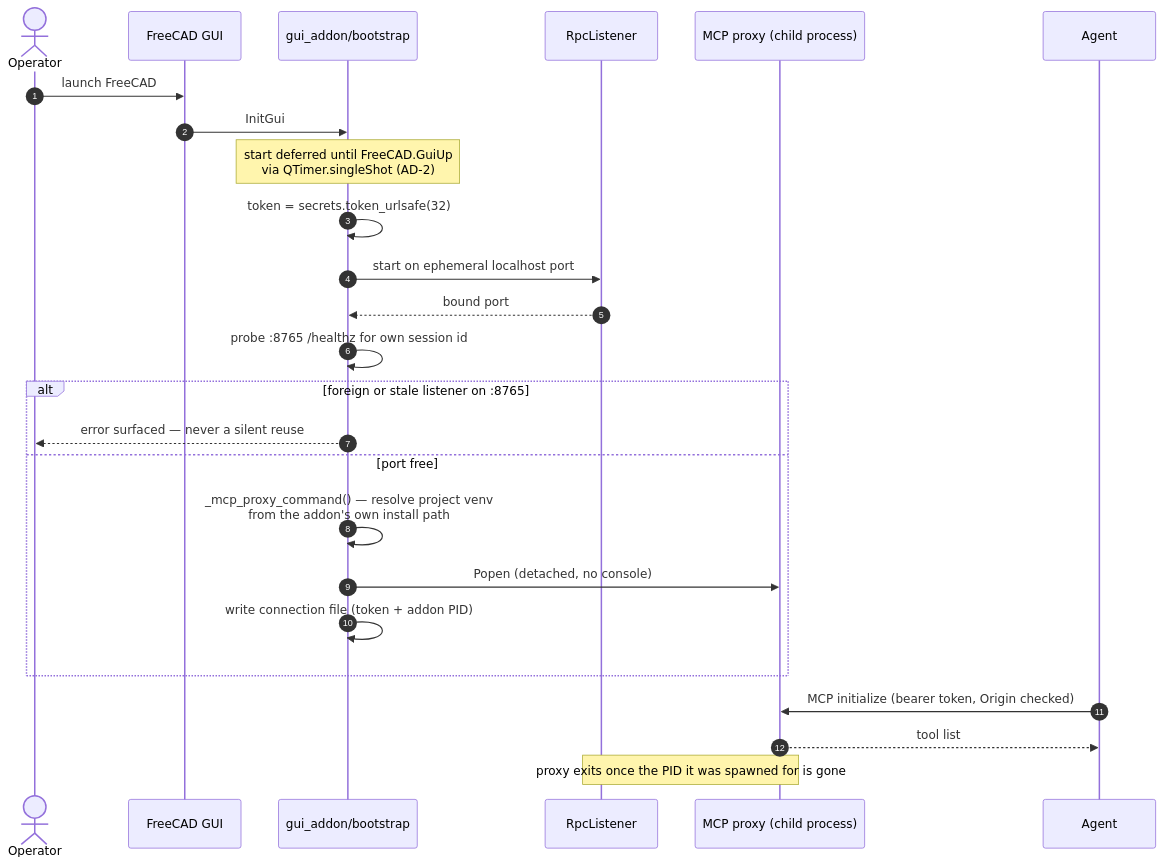
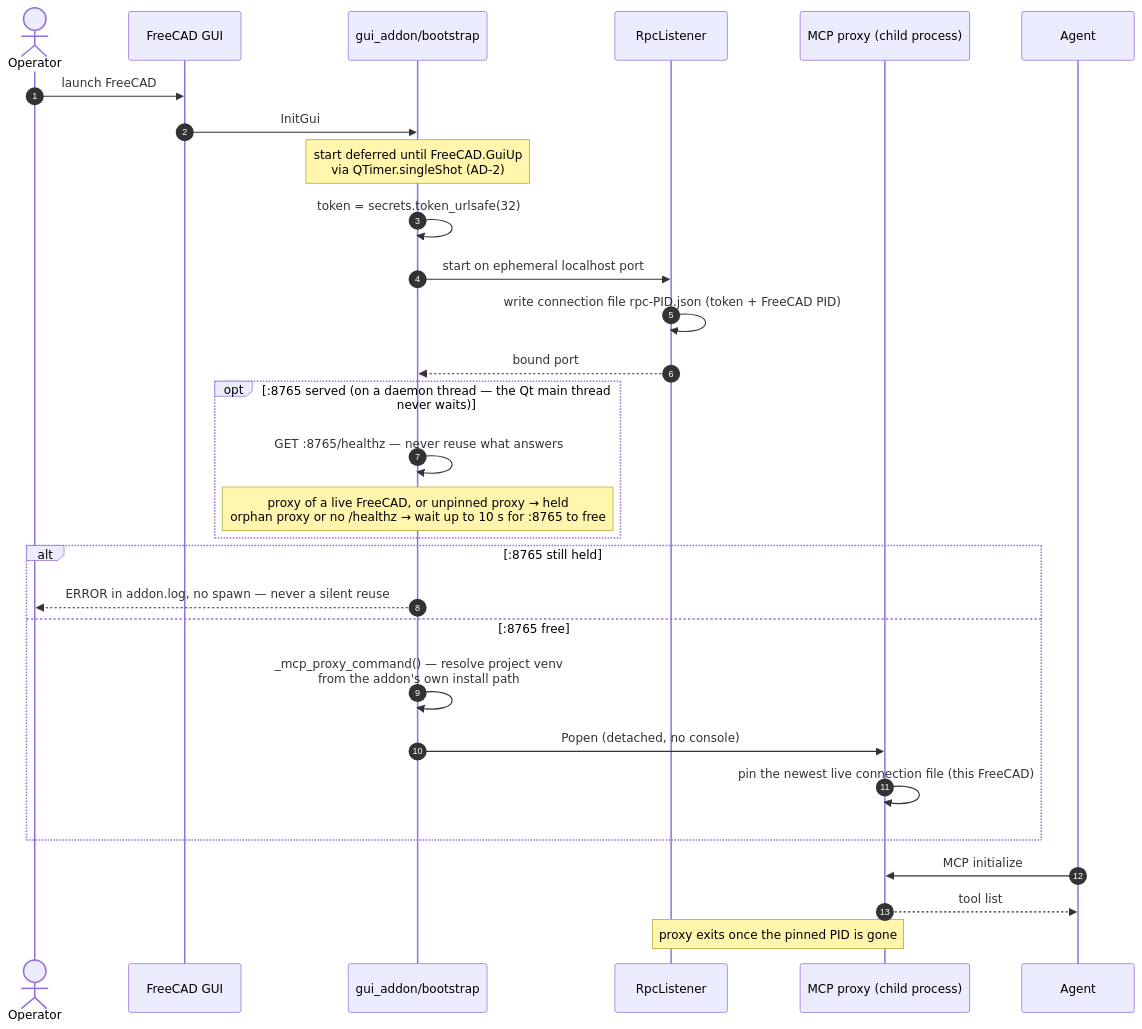
Before and after one commit to robotics-playground/freecad-buddy: the second of 9 diagrams in _bmad-output/planning-artifacts/architecture/architecture-freecad-buddy-2026-07-21/design/sequence-diagrams.md, drawn with Mermaid. The commit also changed other lines of this file and 23 other files, not shown here.

````diff
--- a/_bmad-output/planning-artifacts/architecture/architecture-freecad-buddy-2026-07-21/design/sequence-diagrams.md
+++ b/_bmad-output/planning-artifacts/architecture/architecture-freecad-buddy-2026-07-21/design/sequence-diagrams.md
@@ -62,28 +62,32 @@
 ```mermaid
 sequenceDiagram
   autonumber
   actor Operator
   participant GUI as FreeCAD GUI
   participant Boot as gui_addon/bootstrap
   participant L as RpcListener
   participant Proxy as MCP proxy (child process)
   participant Agent
 
   Operator->>GUI: launch FreeCAD
   GUI->>Boot: InitGui
   Note over Boot: start deferred until FreeCAD.GuiUp<br/>via QTimer.singleShot (AD-2)
   Boot->>Boot: token = secrets.token_urlsafe(32)
   Boot->>L: start on ephemeral localhost port
+  L->>L: write connection file rpc-PID.json (token + FreeCAD PID)
   L-->>Boot: bound port
-  Boot->>Boot: probe :8765 /healthz for own session id
-  alt foreign or stale listener on :8765
-    Boot-->>Operator: error surfaced — never a silent reuse
-  else port free
+  opt :8765 served (on a daemon thread — the Qt main thread never waits)
+    Boot->>Boot: GET :8765/healthz — never reuse what answers
+    Note over Boot: proxy of a live FreeCAD, or unpinned proxy → held<br/>orphan proxy or no /healthz → wait up to 10 s for :8765 to free
+  end
+  alt :8765 still held
+    Boot-->>Operator: ERROR in addon.log, no spawn — never a silent reuse
+  else :8765 free
     Boot->>Boot: _mcp_proxy_command() — resolve project venv<br/>from the addon's own install path
     Boot->>Proxy: Popen (detached, no console)
-    Boot->>Boot: write connection file (token + addon PID)
+    Proxy->>Proxy: pin the newest live connection file (this FreeCAD)
   end
-  Agent->>Proxy: MCP initialize (bearer token, Origin checked)
+  Agent->>Proxy: MCP initialize
   Proxy-->>Agent: tool list
-  Note over Proxy,L: proxy exits once the PID it was spawned for is gone
+  Note over Proxy,L: proxy exits once the pinned PID is gone
 ```
````
